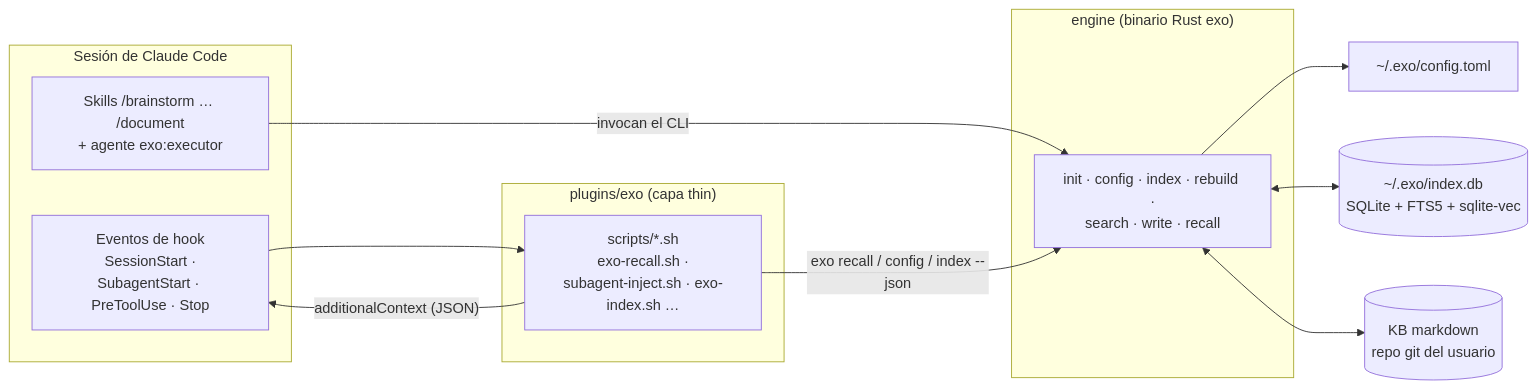
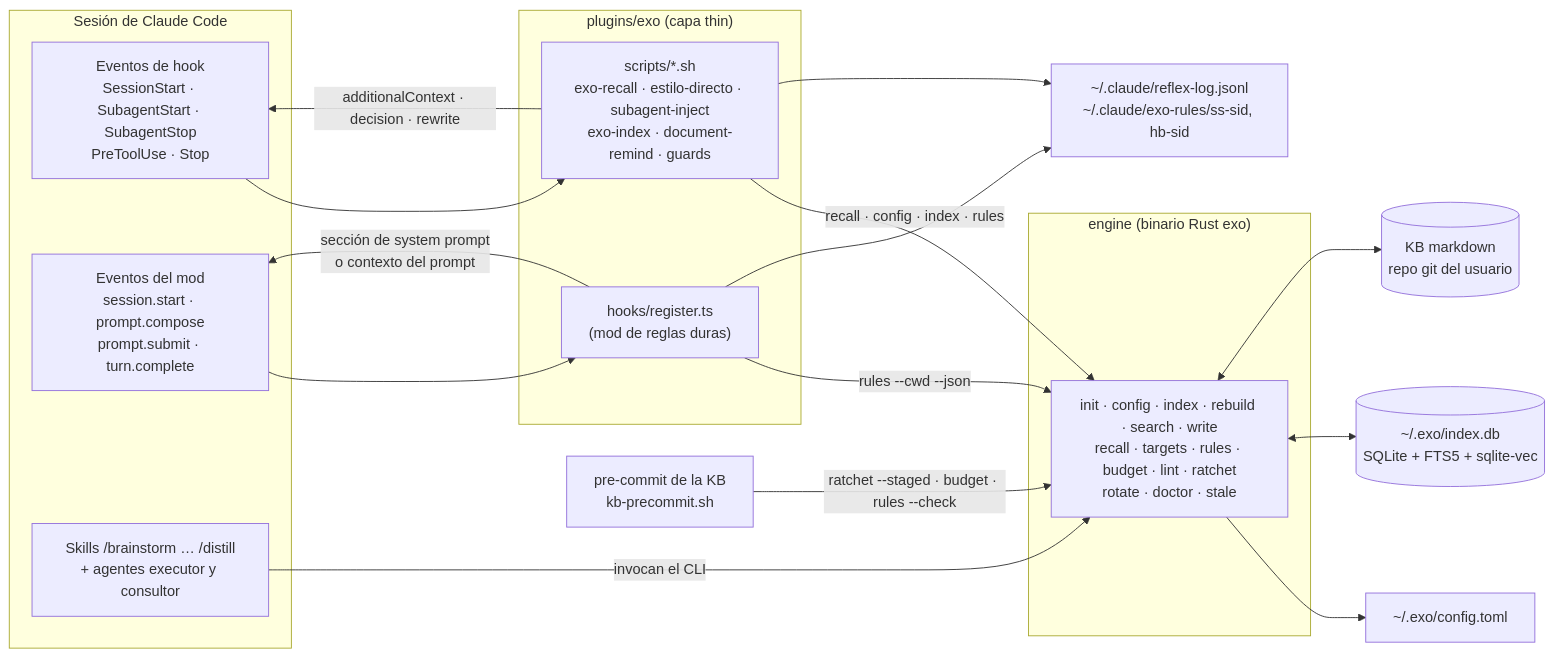
One commit to pguerrerolinares/exo changed the first of 4 diagrams in docs/arquitectura.md. Above: the diagram before and after it, drawn with Mermaid. The commit also changed other lines of this file, not shown here.

````diff
--- a/docs/arquitectura.md
+++ b/docs/arquitectura.md
@@ -47,24 +48,34 @@
 ```mermaid
 flowchart LR
     subgraph agente["Sesión de Claude Code"]
-        HOOKS["Eventos de hook<br/>SessionStart ·<br/>SubagentStart · PreToolUse · Stop"]
-        SKILLS["Skills /brainstorm … /document<br/>+ agente exo:executor"]
+        EV["Eventos de hook<br/>SessionStart · SubagentStart · SubagentStop<br/>PreToolUse · Stop"]
+        MODEV["Eventos del mod<br/>session.start · prompt.compose<br/>prompt.submit · turn.complete"]
+        SKILLS["Skills /brainstorm … /distill<br/>+ agentes executor y consultor"]
     end
     subgraph thin["plugins/exo (capa thin)"]
-        SH["scripts/*.sh<br/>exo-recall.sh ·<br/>subagent-inject.sh · exo-index.sh …"]
+        SH["scripts/*.sh<br/>exo-recall · estilo-directo · subagent-inject<br/>exo-index · document-remind · guards"]
+        MOD["hooks/register.ts<br/>(mod de reglas duras)"]
     end
     subgraph engine["engine (binario Rust exo)"]
-        CLI["init · config · index · rebuild ·<br/>search · write · recall"]
+        CLI["init · config · index · rebuild · search · write<br/>recall · targets · rules · budget · lint · ratchet<br/>rotate · doctor · stale"]
     end
     DB[("~/.exo/index.db<br/>SQLite + FTS5 + sqlite-vec")]
     KB[("KB markdown<br/>repo git del usuario")]
     CFG["~/.exo/config.toml"]
+    PRE["pre-commit de la KB<br/>kb-precommit.sh"]
+    LOG["~/.claude/reflex-log.jsonl<br/>~/.claude/exo-rules/ss-sid, hb-sid"]
 
-    HOOKS --> SH
+    EV --> SH
+    MODEV --> MOD
     SKILLS -->|"invocan el CLI"| CLI
-    SH -->|"exo recall / config / index --json"| CLI
+    SH -->|"recall · config · index · rules"| CLI
+    MOD -->|"rules --cwd --json"| CLI
+    PRE -->|"ratchet --staged · budget · rules --check"| CLI
     CLI --> CFG
     CLI <--> DB
     CLI <--> KB
-    SH -->|"additionalContext (JSON)"| HOOKS
+    SH -->|"additionalContext · decision · rewrite"| EV
+    MOD -->|"sección de system prompt<br/>o contexto del prompt"| MODEV
+    SH --> LOG
+    MOD --> LOG
 ```
````
